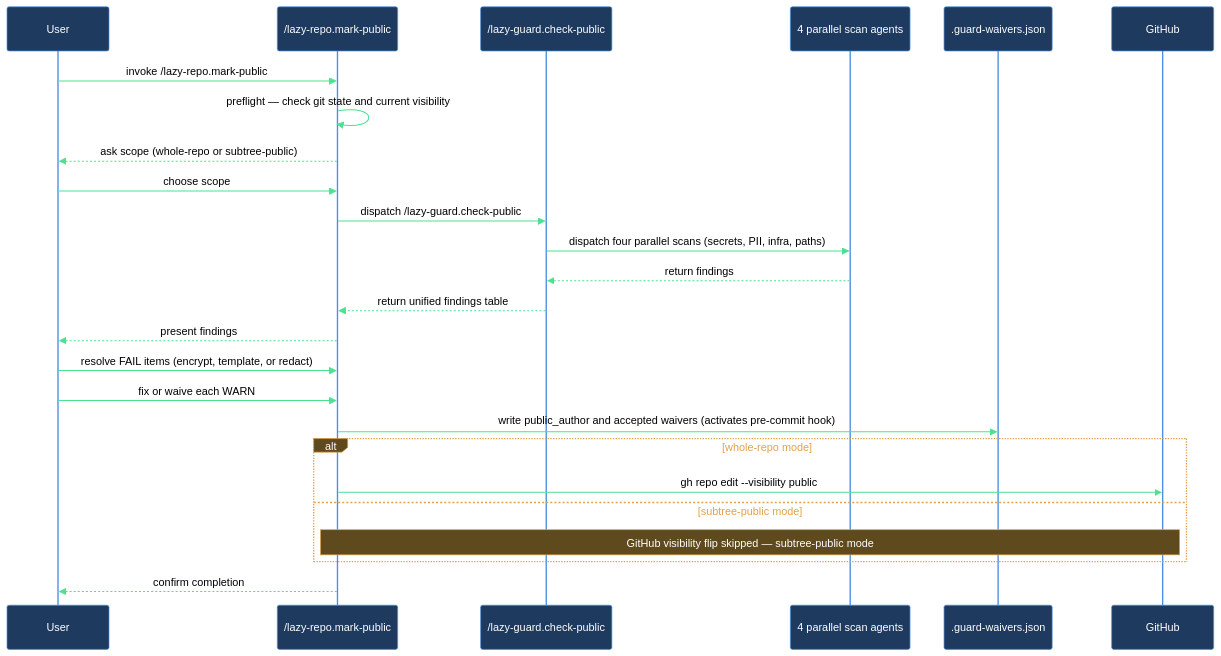
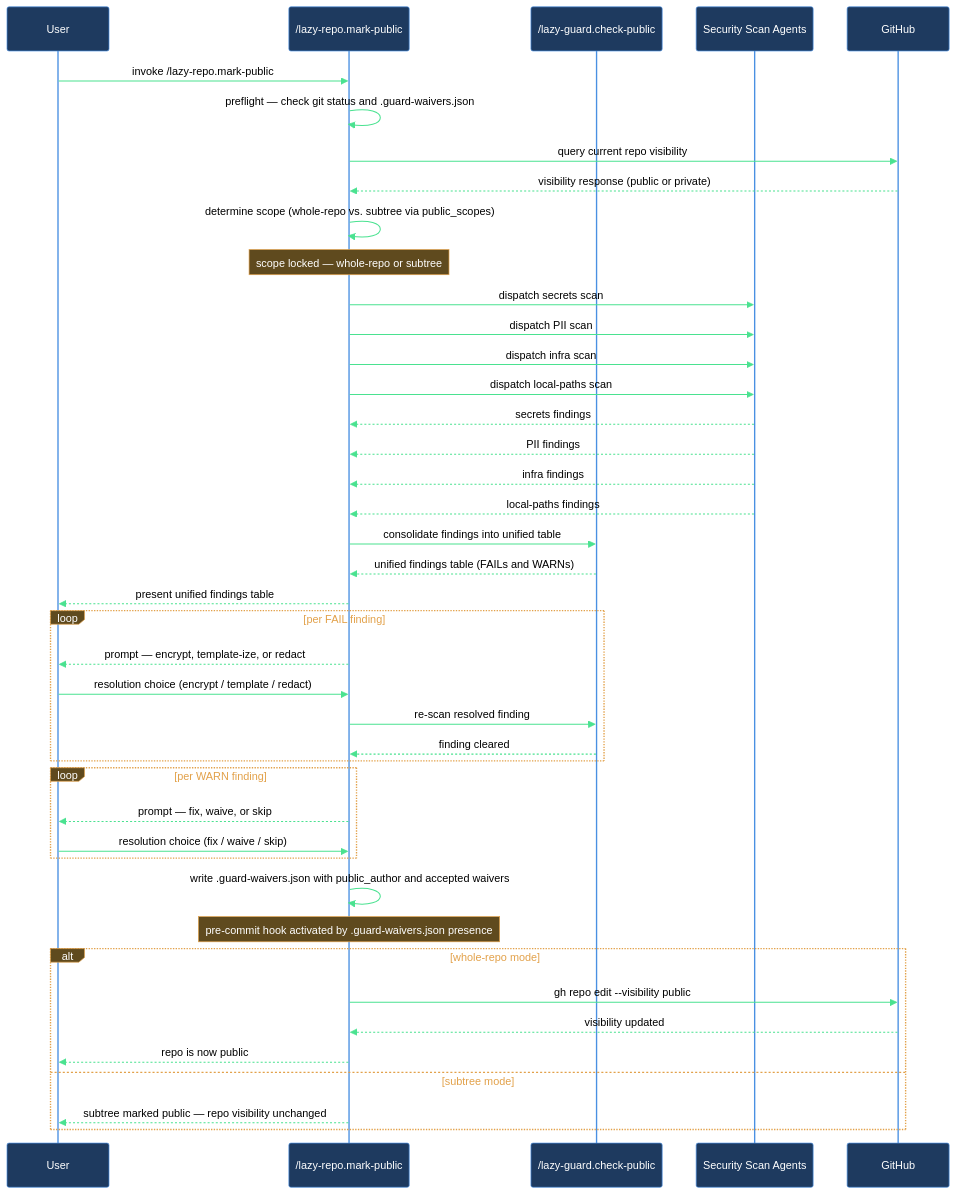
Before and after one commit to mebius-san/lazy-cortex: the diagram in Claude/lazycortex-core/help/walkthroughs/make-repo-public.md, drawn with Mermaid. The commit also changed other lines of this file and 70 other files, not shown here.

````diff
--- a/Claude/lazycortex-core/help/walkthroughs/make-repo-public.md
+++ b/Claude/lazycortex-core/help/walkthroughs/make-repo-public.md
@@ -106,30 +117,52 @@
 ```mermaid
 %%{init: {'themeVariables':{'background':'transparent','primaryColor':'#1e3a5f','primaryBorderColor':'#4a90e2','primaryTextColor':'#fff','lineColor':'#4ae290','actorBkg':'#1e3a5f','actorBorder':'#4a90e2','actorTextColor':'#fff','actorLineColor':'#4a90e2','signalColor':'#4ae290','signalTextColor':'#000','noteBkgColor':'#5f4a1e','noteBorderColor':'#e2a14a','noteTextColor':'#fff','labelBoxBkgColor':'#5f4a1e','labelBoxBorderColor':'#e2a14a','labelTextColor':'#fff','loopTextColor':'#e2a14a'},'sequence':{'diagramPadding':5,'useMaxWidth':true}}}%%
-%% intent: end-to-end participant exchange when /lazy-repo.mark-public runs — from user invocation through guard scan to GitHub visibility flip
 sequenceDiagram
   participant user as User
-  participant markSkill as /lazy-repo.mark-public
-  participant guardSkill as /lazy-guard.check-public
-  participant scanAgents as 4 parallel scan agents
-  participant waiverFile as .guard-waivers.json
+  participant markPublic as /lazy-repo.mark-public
+  participant checkPublic as /lazy-guard.check-public
+  participant scanAgents as Security Scan Agents
   participant github as GitHub
 
-  user->>markSkill: invoke /lazy-repo.mark-public
-  markSkill->>markSkill: preflight — check git state and current visibility
-  markSkill-->>user: ask scope (whole-repo or subtree-public)
-  user->>markSkill: choose scope
-  markSkill->>guardSkill: dispatch /lazy-guard.check-public
-  guardSkill->>scanAgents: dispatch four parallel scans (secrets, PII, infra, paths)
-  scanAgents-->>guardSkill: return findings
-  guardSkill-->>markSkill: return unified findings table
-  markSkill-->>user: present findings
-  user->>markSkill: resolve FAIL items (encrypt, template, or redact)
-  user->>markSkill: fix or waive each WARN
-  markSkill->>waiverFile: write public_author and accepted waivers (activates pre-commit hook)
+  user->>markPublic: invoke /lazy-repo.mark-public
+  markPublic->>markPublic: preflight — check git status and .guard-waivers.json
+  markPublic->>github: query current repo visibility
+  github-->>markPublic: visibility response (public or private)
+  markPublic->>markPublic: determine scope (whole-repo vs. subtree via public_scopes)
+  Note over markPublic: scope locked — whole-repo or subtree
+
+  markPublic->>scanAgents: dispatch secrets scan
+  markPublic->>scanAgents: dispatch PII scan
+  markPublic->>scanAgents: dispatch infra scan
+  markPublic->>scanAgents: dispatch local-paths scan
+  scanAgents-->>markPublic: secrets findings
+  scanAgents-->>markPublic: PII findings
+  scanAgents-->>markPublic: infra findings
+  scanAgents-->>markPublic: local-paths findings
+
+  markPublic->>checkPublic: consolidate findings into unified table
+  checkPublic-->>markPublic: unified findings table (FAILs and WARNs)
+  markPublic-->>user: present unified findings table
+
+  loop per FAIL finding
+    markPublic-->>user: prompt — encrypt, template-ize, or redact
+    user->>markPublic: resolution choice (encrypt / template / redact)
+    markPublic->>checkPublic: re-scan resolved finding
+    checkPublic-->>markPublic: finding cleared
+  end
+
+  loop per WARN finding
+    markPublic-->>user: prompt — fix, waive, or skip
+    user->>markPublic: resolution choice (fix / waive / skip)
+  end
+
+  markPublic->>markPublic: write .guard-waivers.json with public_author and accepted waivers
+  Note over markPublic: pre-commit hook activated by .guard-waivers.json presence
+
   alt whole-repo mode
-    markSkill->>github: gh repo edit --visibility public
-  else subtree-public mode
-    Note over markSkill,github: GitHub visibility flip skipped — subtree-public mode
+    markPublic->>github: gh repo edit --visibility public
+    github-->>markPublic: visibility updated
+    markPublic-->>user: repo is now public
+  else subtree mode
+    markPublic-->>user: subtree marked public — repo visibility unchanged
   end
-  markSkill-->>user: confirm completion
 ```
````
